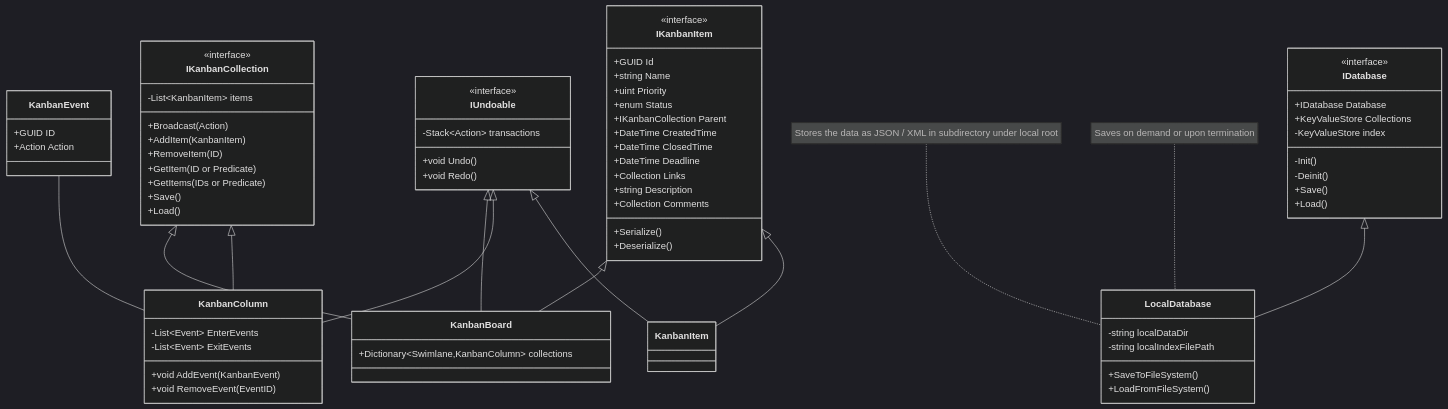
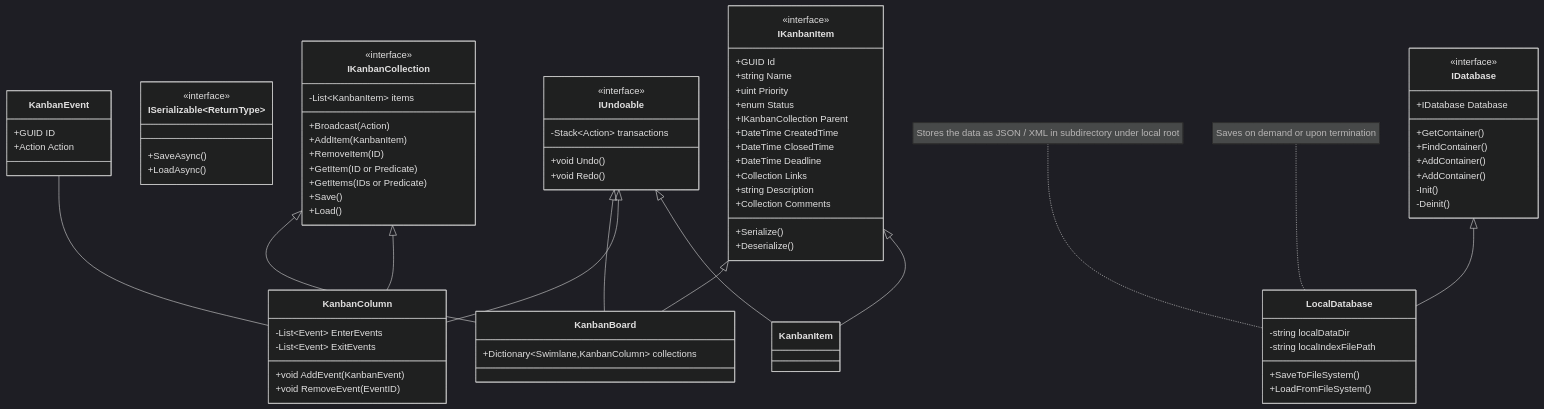
Before and after one commit to Neroro64/Kanban: the diagram in docs/CoreComponentDesign.md, drawn with Mermaid (dark theme). The commit also changed 16 other files, not shown here.

Commit message:
Finished rewritting of base architecture.

```diff
--- a/docs/CoreComponentDesign.md
+++ b/docs/CoreComponentDesign.md
@@ -6,16 +6,21 @@
         +void Undo()
         +void Redo() 
     }
+    class ISerializable~ReturnType~{
+        <<interface>>
+        +SaveAsync()
+        +LoadAsync()
+    }
 
     class IDatabase{
         <<interface>>
         +IDatabase Database        
-        +KeyValueStore Collections
-        -KeyValueStore index
+        +GetContainer()
+        +FindContainer()
+        +AddContainer()
+        +AddContainer()
         -Init()
         -Deinit()
-        +Save()
-        +Load()
     }
 
     class IKanbanCollection {
```
